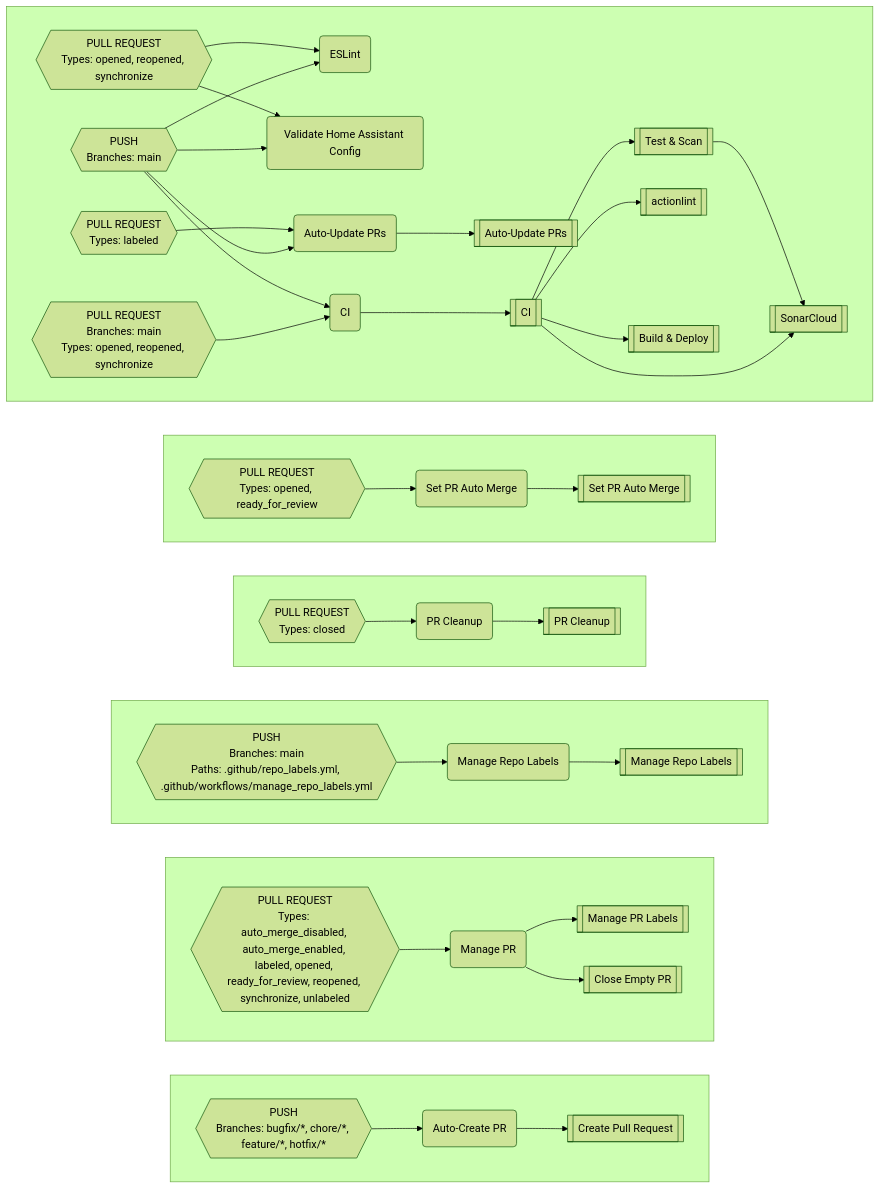
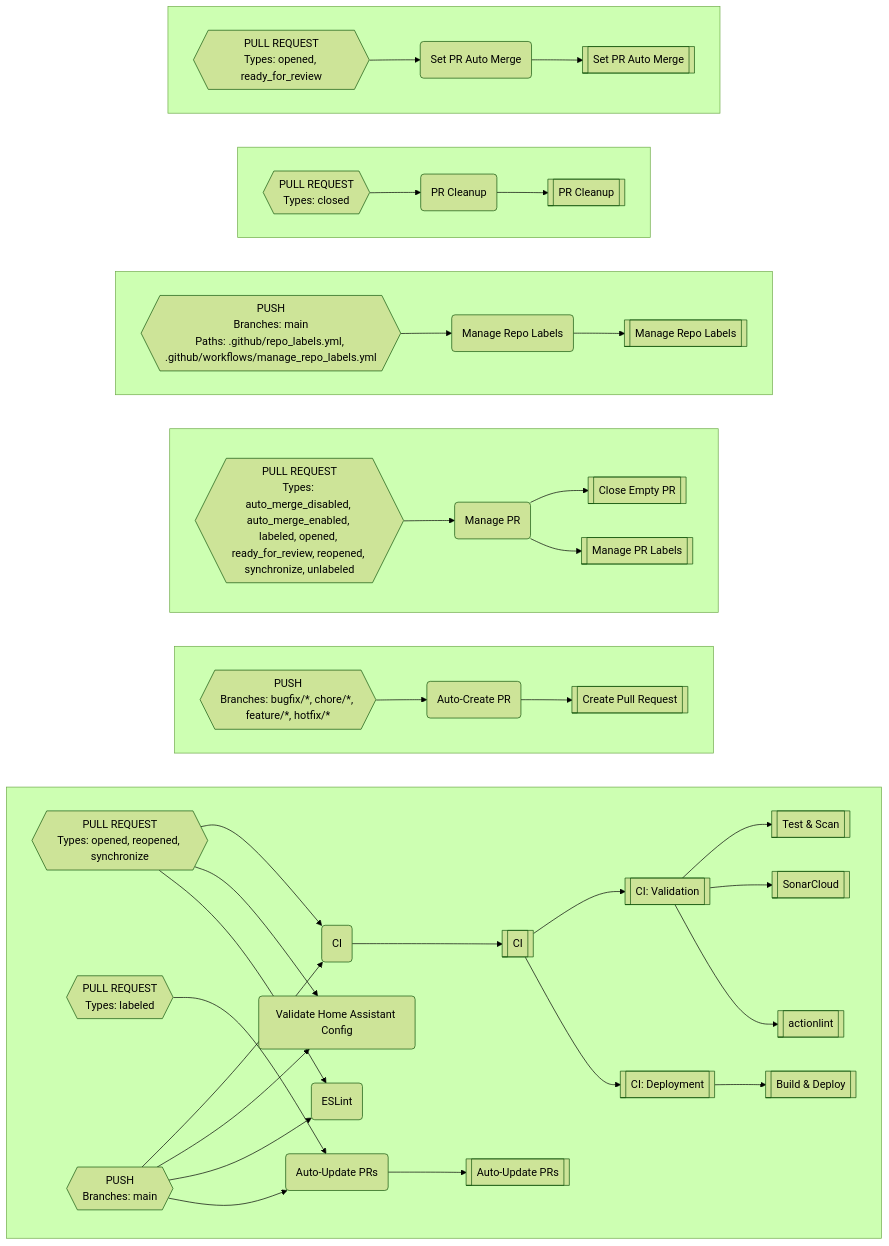
The diagram in README.md (worgarside/github-config-files), drawn with Mermaid (forest theme) before and after one commit. The commit also changed 6 other files, not shown here.

````diff
--- a/README.md
+++ b/README.md
@@ -355,97 +355,96 @@
 ```mermaid
 flowchart LR
-subgraph CL[" "]
+subgraph CQ[" "]
 direction LR
-BB-->BA
-BA-->Y
+O-->D
+CN-->CC
+CN-->CG
+CN-->CL
+BS-->BR
+BR-->AP
+CO-->BR
+CO-->CC
+CO-->CG
+CO-->CL
+CL-->K
+K-->O
+K-->V
+V-->A
+V-->AZ
+V-->BC
 end
-subgraph CM[" "]
+subgraph CR[" "]
 direction LR
-BE-->BD
-BD-->AC
-BD-->U
+BG-->BF
+BF-->AE
 end
-subgraph CN[" "]
+subgraph CS[" "]
 direction LR
 BJ-->BI
-BI-->AG
+BI-->AA
+BI-->AI
 end
-subgraph CO[" "]
+subgraph CT[" "]
 direction LR
-BR-->BQ
-BQ-->AM
+BO-->BN
+BN-->AM
 end
-subgraph CP[" "]
+subgraph CU[" "]
 direction LR
-BU-->BT
-BT-->AQ
+BW-->BV
+BV-->AS
 end
-subgraph CQ[" "]
+subgraph CV[" "]
 direction LR
-BZ-->BX
-BZ-->CB
-BN-->BM
-BM-->AJ
-CJ-->BM
-CJ-->BX
-CJ-->CB
-CJ-->CG
-CI-->CG
-CG-->K
-AW-->AT
-K-->A
-K-->AT
-K-->AW
-K-->D
+BZ-->BY
+BY-->AW
 end
 A[["actionlint"]]
-AC[["Manage PR Labels"]]
-AG[["Manage Repo Labels"]]
-AJ[["Auto-Update PRs"]]
-AM[["PR Cleanup"]]
-AQ[["Set PR Auto Merge"]]
-AT[["SonarCloud"]]
-AW[["Test & Scan"]]
-BA("Auto-Create PR")
-BB{{"PUSH
+AA[["Close Empty PR"]]
+AE[["Create Pull Request"]]
+AI[["Manage PR Labels"]]
+AM[["Manage Repo Labels"]]
+AP[["Auto-Update PRs"]]
+AS[["PR Cleanup"]]
+AW[["Set PR Auto Merge"]]
+AZ[["SonarCloud"]]
+BC[["Test & Scan"]]
+BF("Auto-Create PR")
+BG{{"PUSH
 Branches: bugfix/*, chore/*, feature/*, hotfix/*
 "}}
-BD("Manage PR")
-BE{{"PULL REQUEST
+BI("Manage PR")
+BJ{{"PULL REQUEST
 Types: auto_merge_disabled, auto_merge_enabled, labeled, opened, ready_for_review, reopened, synchronize, unlabeled
 "}}
-BI("Manage Repo Labels")
-BJ{{"PUSH
+BN("Manage Repo Labels")
+BO{{"PUSH
 Branches: main
 Paths: .github/repo_labels.yml, .github/workflows/manage_repo_labels.yml
 "}}
-BM("Auto-Update PRs")
-BN{{"PULL REQUEST
+BR("Auto-Update PRs")
+BS{{"PULL REQUEST
 Types: labeled
 "}}
-BQ("PR Cleanup")
-BR{{"PULL REQUEST
+BV("PR Cleanup")
+BW{{"PULL REQUEST
 Types: closed
 "}}
-BT("Set PR Auto Merge")
-BU{{"PULL REQUEST
+BY("Set PR Auto Merge")
+BZ{{"PULL REQUEST
 Types: opened, ready_for_review
 "}}
-BX("ESLint")
-BZ{{"PULL REQUEST
+CC("ESLint")
+CG("Validate Home Assistant Config")
+CL("CI")
+CN{{"PULL REQUEST
 Types: opened, reopened, synchronize
 "}}
-CB("Validate Home Assistant Config")
-CG("CI")
-CI{{"PULL REQUEST
-Branches: main
-Types: opened, reopened, synchronize
-"}}
-CJ{{"PUSH
+CO{{"PUSH
 Branches: main
 "}}
 D[["Build & Deploy"]]
 K[["CI"]]
-U[["Close Empty PR"]]
-Y[["Create Pull Request"]]
+O[["CI: Deployment"]]
+V[["CI: Validation"]]
 ```
````
